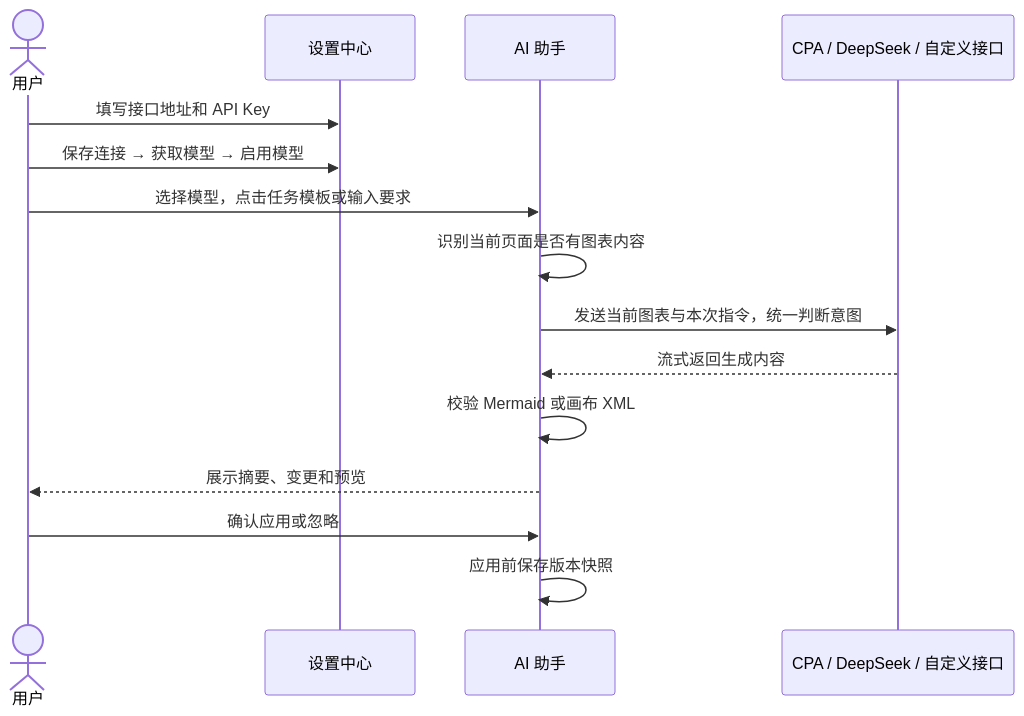
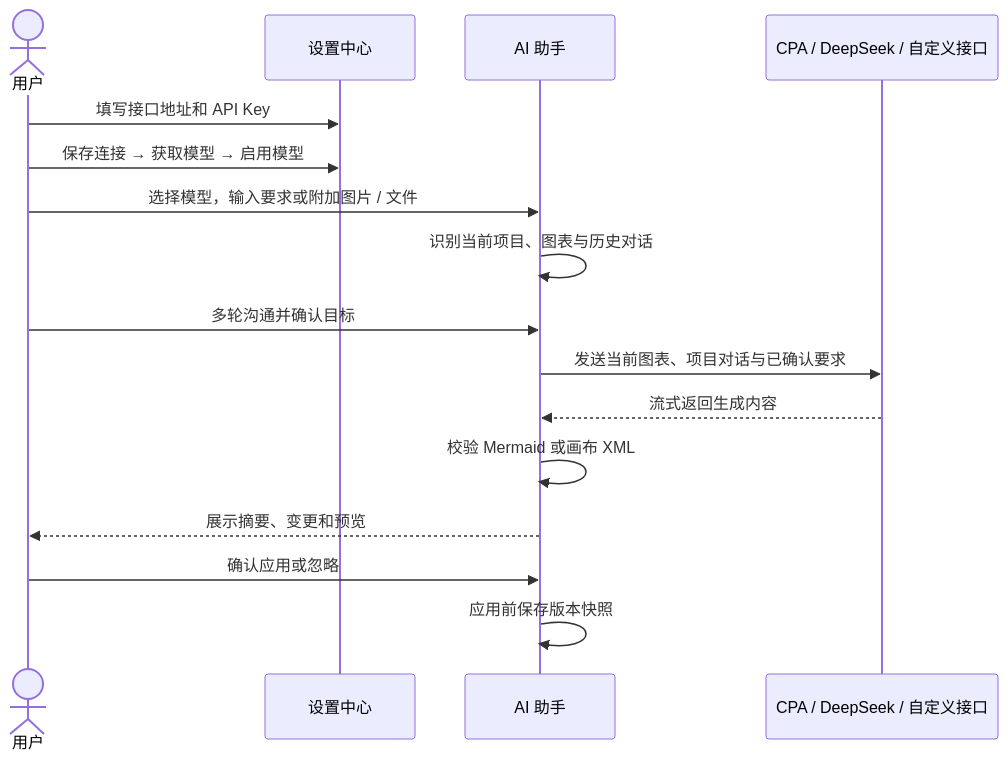
The third of 4 diagrams in README.md (Fengsha5201314/Codebuddy_001_mermaid-markmap), drawn with Mermaid before and after one commit. The commit also changed other lines of this file and 27 other files, not shown here.

````diff
--- a/README.md
+++ b/README.md
@@ -72,17 +74,18 @@
 ```mermaid
 sequenceDiagram
     actor U as 用户
     participant S as 设置中心
     participant A as AI 助手
     participant P as CPA / DeepSeek / 自定义接口
     U->>S: 填写接口地址和 API Key
     U->>S: 保存连接 → 获取模型 → 启用模型
-    U->>A: 选择模型，点击任务模板或输入要求
-    A->>A: 识别当前页面是否有图表内容
-    A->>P: 发送当前图表与本次指令，统一判断意图
+    U->>A: 选择模型，输入要求或附加图片 / 文件
+    A->>A: 识别当前项目、图表与历史对话
+    U->>A: 多轮沟通并确认目标
+    A->>P: 发送当前图表、项目对话与已确认要求
     P-->>A: 流式返回生成内容
     A->>A: 校验 Mermaid 或画布 XML
     A-->>U: 展示摘要、变更和预览
     U->>A: 确认应用或忽略
     A->>A: 应用前保存版本快照
 ```
````
